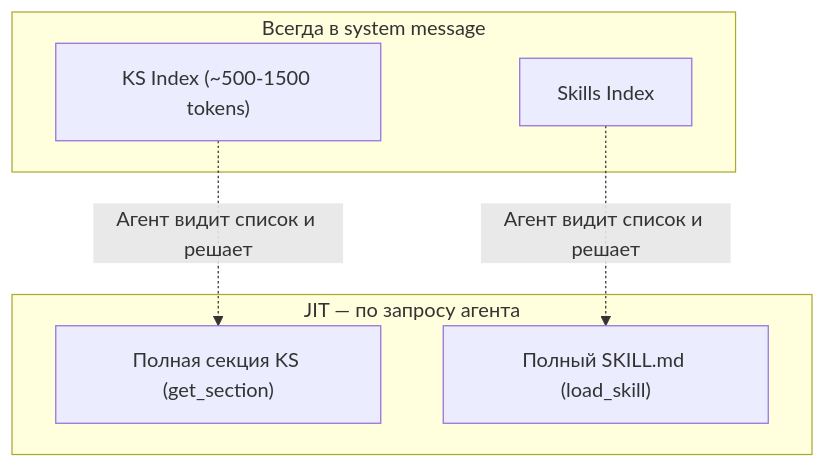
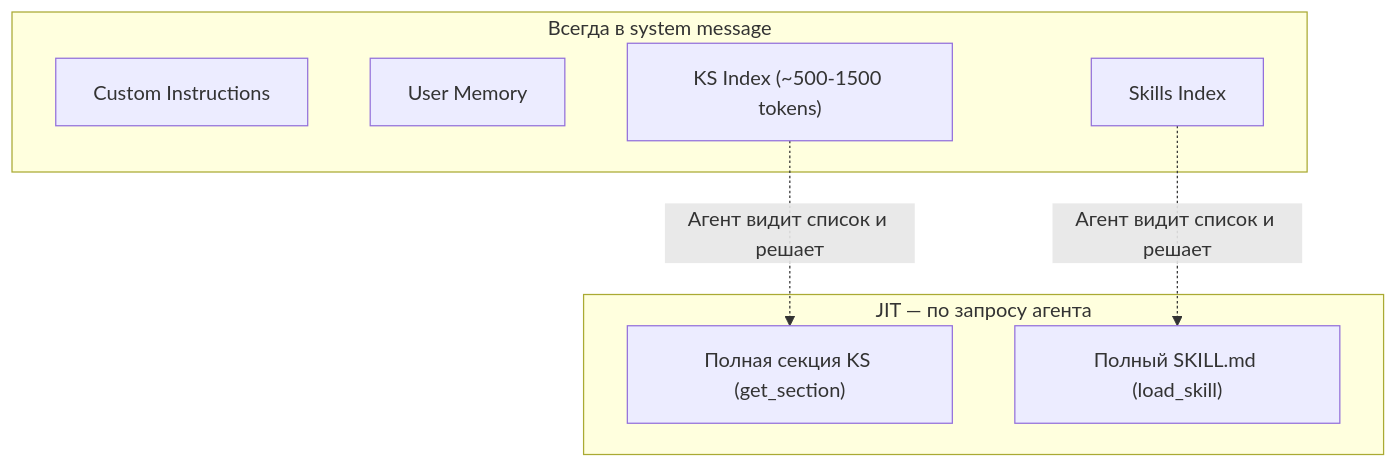
One commit to Bbar0n234/learnflow-ai changed the third of 4 diagrams in doc/tech/agent-runtime.md. Above: the diagram before and after it, drawn with Mermaid. The commit also changed other lines of this file and 8 other files, not shown here.

````diff
--- a/doc/tech/agent-runtime.md
+++ b/doc/tech/agent-runtime.md
@@ -117,15 +122,17 @@
 ```mermaid
 graph TD
     subgraph "Всегда в system message"
+        CI["Custom Instructions"]
+        UM["User Memory"]
         KSI["KS Index (~500-1500 tokens)"]
         SI["Skills Index"]
     end
 
     subgraph "JIT — по запросу агента"
         KSF["Полная секция KS (get_section)"]
         SKL["Полный SKILL.md (load_skill)"]
     end
 
     KSI -.->|"Агент видит список и решает"| KSF
     SI -.->|"Агент видит список и решает"| SKL
 ```
````
